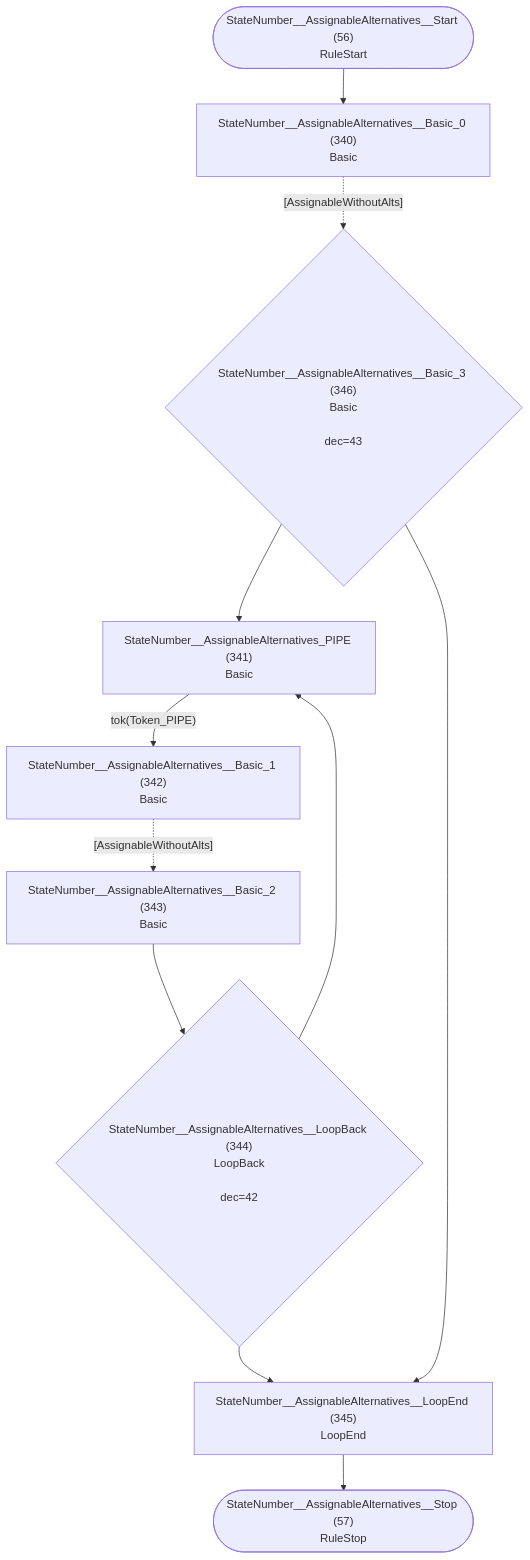
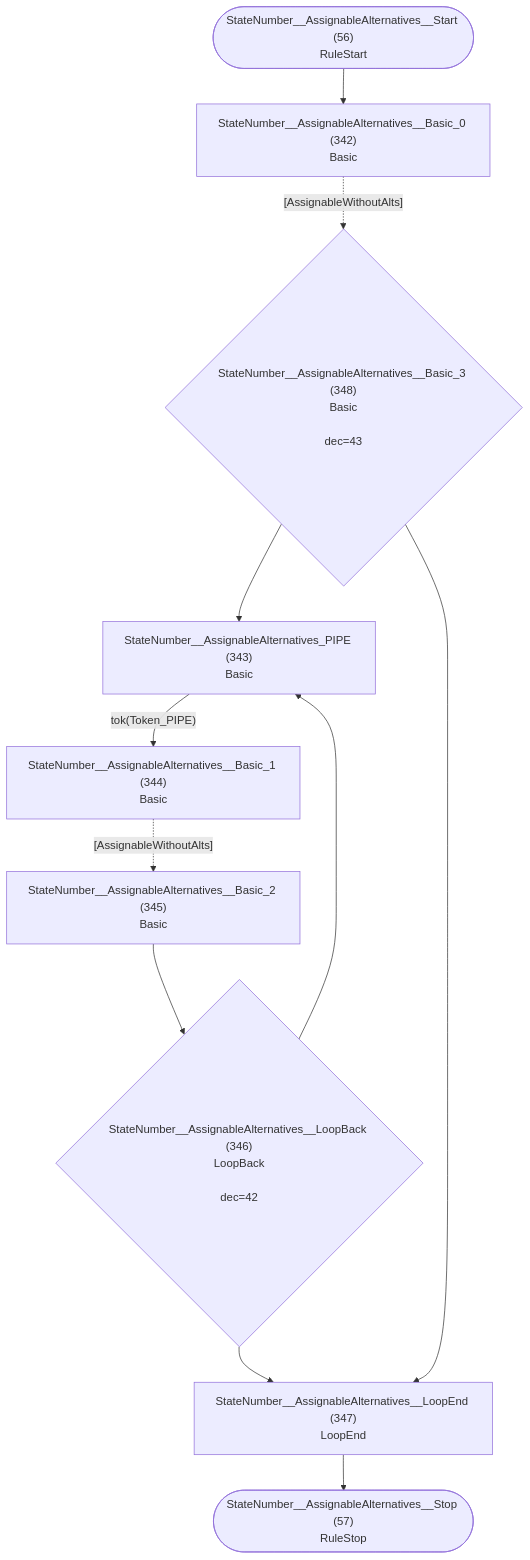
Diagram 29 of 36 in internal/grammar/atn.md (TypeFox/fastbelt), drawn with Mermaid before and after one commit. The commit also changed other lines of this file and 11 other files, not shown here.

````diff
--- a/internal/grammar/atn.md
+++ b/internal/grammar/atn.md
@@ -881,23 +885,23 @@
 ```mermaid
 flowchart TD
     q56(["StateNumber__AssignableAlternatives__Start (56)<br/>RuleStart"])
     q57(["StateNumber__AssignableAlternatives__Stop (57)<br/>RuleStop"])
-    q340["StateNumber__AssignableAlternatives__Basic_0 (340)<br/>Basic<br/>"]
-    q341["StateNumber__AssignableAlternatives_PIPE (341)<br/>Basic<br/>"]
-    q342["StateNumber__AssignableAlternatives__Basic_1 (342)<br/>Basic<br/>"]
-    q343["StateNumber__AssignableAlternatives__Basic_2 (343)<br/>Basic<br/>"]
-    q344{"StateNumber__AssignableAlternatives__LoopBack (344)<br/>LoopBack<br/><br/>dec=42"}
-    q345["StateNumber__AssignableAlternatives__LoopEnd (345)<br/>LoopEnd<br/>"]
-    q346{"StateNumber__AssignableAlternatives__Basic_3 (346)<br/>Basic<br/><br/>dec=43"}
+    q342["StateNumber__AssignableAlternatives__Basic_0 (342)<br/>Basic<br/>"]
+    q343["StateNumber__AssignableAlternatives_PIPE (343)<br/>Basic<br/>"]
+    q344["StateNumber__AssignableAlternatives__Basic_1 (344)<br/>Basic<br/>"]
+    q345["StateNumber__AssignableAlternatives__Basic_2 (345)<br/>Basic<br/>"]
+    q346{"StateNumber__AssignableAlternatives__LoopBack (346)<br/>LoopBack<br/><br/>dec=42"}
+    q347["StateNumber__AssignableAlternatives__LoopEnd (347)<br/>LoopEnd<br/>"]
+    q348{"StateNumber__AssignableAlternatives__Basic_3 (348)<br/>Basic<br/><br/>dec=43"}
 
-    q56 --> q340
-    q340 -.->|"[AssignableWithoutAlts]"| q346
-    q341 -->|"tok(Token_PIPE)"| q342
-    q342 -.->|"[AssignableWithoutAlts]"| q343
-    q343 --> q344
-    q344 --> q341
-    q344 --> q345
-    q345 --> q57
-    q346 --> q341
-    q346 --> q345
+    q56 --> q342
+    q342 -.->|"[AssignableWithoutAlts]"| q348
+    q343 -->|"tok(Token_PIPE)"| q344
+    q344 -.->|"[AssignableWithoutAlts]"| q345
+    q345 --> q346
+    q346 --> q343
+    q346 --> q347
+    q347 --> q57
+    q348 --> q343
+    q348 --> q347
 ```
````
